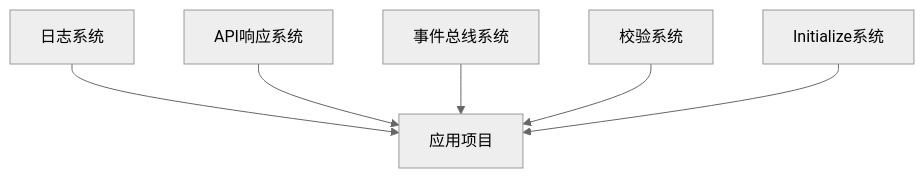
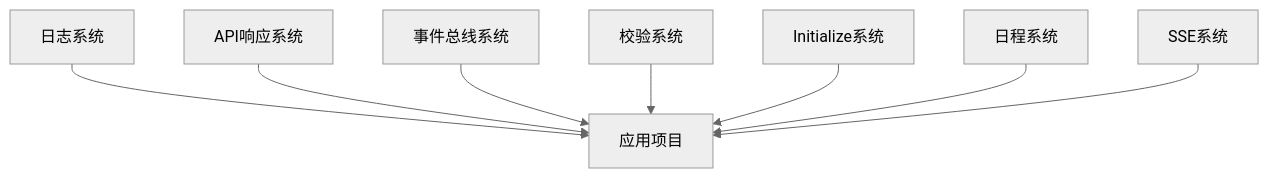
The diagram in docs/README.md (gongxingwei/DailyUse), drawn with Mermaid (neutral theme) before and after one commit. The commit also changed other lines of this file and 47 other files, not shown here.

````diff
--- a/docs/README.md
+++ b/docs/README.md
@@ -64,8 +80,10 @@
 ```mermaid
 graph TB
     A[日志系统] --> E[应用项目]
     B[API响应系统] --> E
     C[事件总线系统] --> E
     D[校验系统] --> E
     F[Initialize系统] --> E
+    G[日程系统] --> E
+    H[SSE系统] --> E
 ```
````
